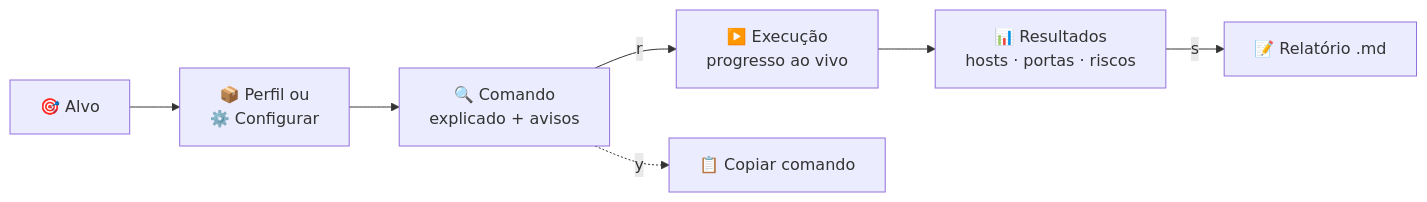
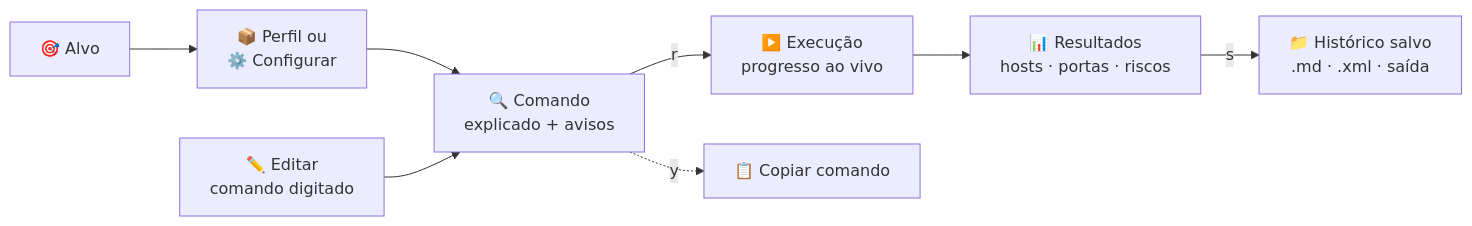
Before and after one commit to PirataZang/nscope: the diagram in README.md, drawn with Mermaid. The commit also changed other lines of this file and 43 other files, not shown here.

First line of the commit message:
Adiciona aba Editar, histórico de execuções e sudo ao abrir

````diff
--- a/README.md
+++ b/README.md
@@ -233,9 +242,10 @@
 ```mermaid
 flowchart LR
     A["🎯 Alvo"] --> B["📦 Perfil ou<br/>⚙️ Configurar"]
     B --> C["🔍 Comando<br/>explicado + avisos"]
+    H["✏️ Editar<br/>comando digitado"] --> C
     C -->|"r"| D["▶️ Execução<br/>progresso ao vivo"]
     D --> E["📊 Resultados<br/>hosts · portas · riscos"]
-    E -->|"s"| F["📝 Relatório .md"]
+    E -->|"s"| F["📁 Histórico salvo<br/>.md · .xml · saída"]
     C -.->|"y"| G["📋 Copiar comando"]
 ```
````
